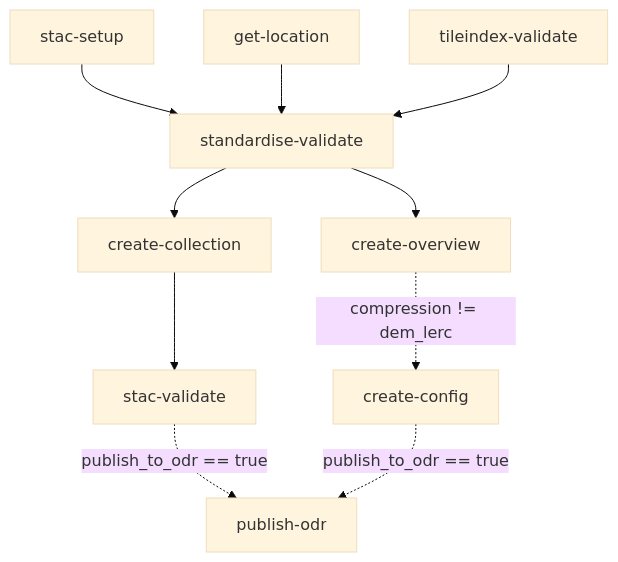
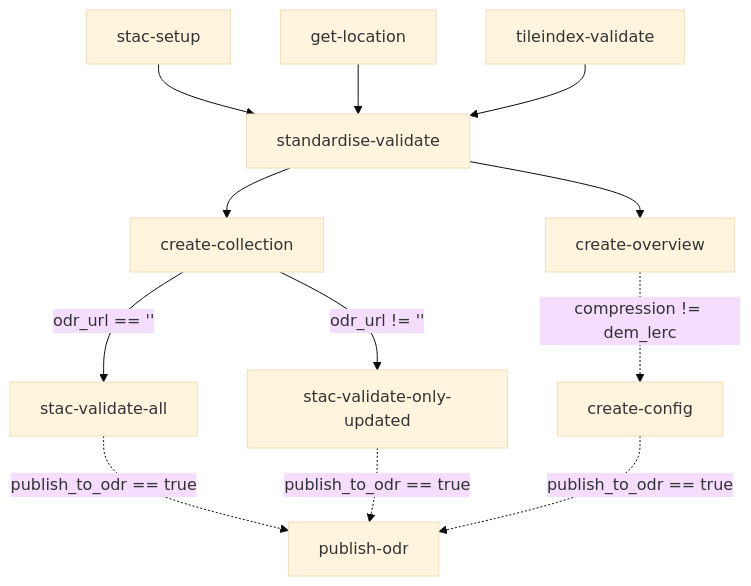
The first of 3 diagrams in workflows/raster/README.md (linz/topo-workflows), drawn with Mermaid (base theme) before and after one commit.

Commit message:
docs: update graph

````diff
--- a/workflows/raster/README.md
+++ b/workflows/raster/README.md
@@ -122,10 +122,16 @@
 ```mermaid
 graph TD;
     stac-setup-->standardise-validate;
     get-location-->standardise-validate;
     tileindex-validate-->standardise-validate;
     standardise-validate-->create-collection;
     standardise-validate-->create-overview;
-    create-collection-->stac-validate-.->|publish_to_odr == true|publish-odr;
+
+    create-collection-->|odr_url == ''|stac-validate-all;
+    create-collection-->|odr_url != ''|stac-validate-only-updated;
+
+    stac-validate-all-.->|publish_to_odr == true|publish-odr;
+    stac-validate-only-updated-.->|publish_to_odr == true|publish-odr;
+
     create-overview-.->|compression != dem_lerc|create-config-.->|publish_to_odr == true|publish-odr;
 ```
````
